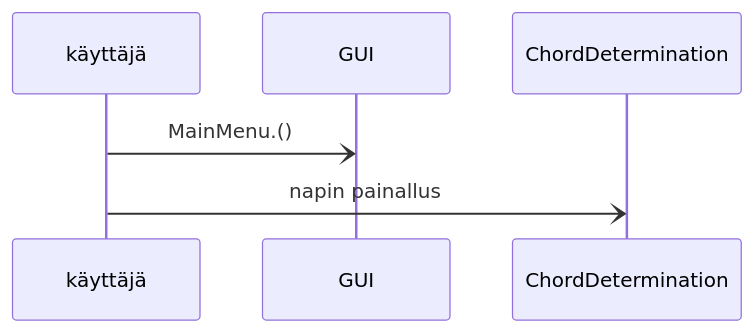
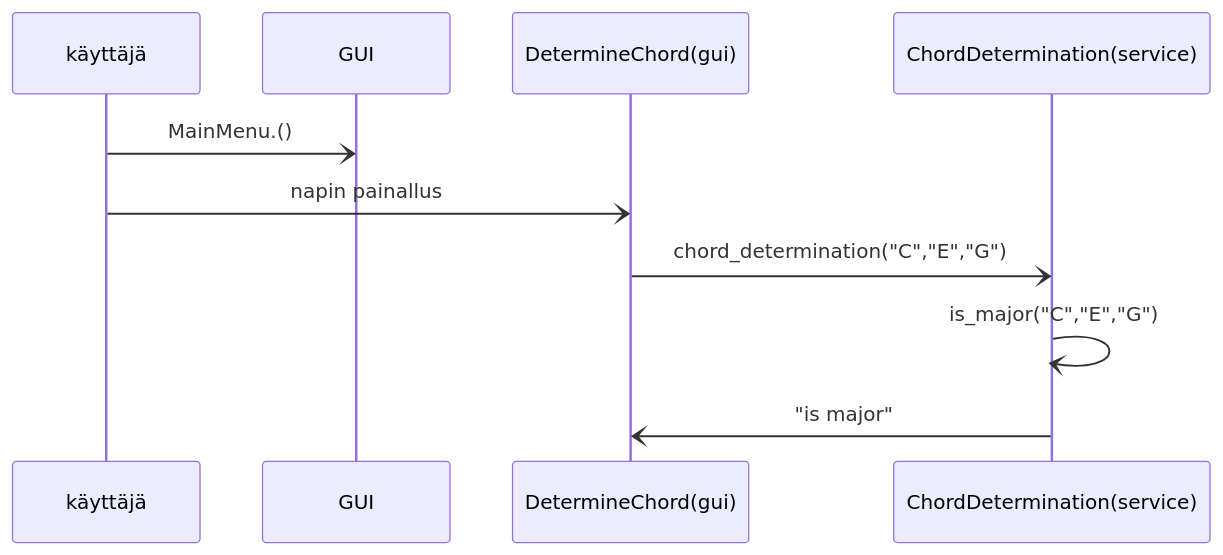
The first of 2 diagrams in dokumentaatio/arkkitehtuuri.md (Aaltonenn/ot-harjoitustyo), drawn with Mermaid before and after one commit.

````diff
--- a/dokumentaatio/arkkitehtuuri.md
+++ b/dokumentaatio/arkkitehtuuri.md
@@ -29,6 +29,10 @@
 ```mermaid
 sequenceDiagram
     käyttäjä-)GUI: MainMenu.() 
-    käyttäjä-)ChordDetermination: napin painallus
+    käyttäjä-)DetermineChord(gui): napin painallus
+    DetermineChord(gui)-)ChordDetermination(service): chord_determination("C","E","G")
+    ChordDetermination(service)-)ChordDetermination(service): is_major("C","E","G")
+    ChordDetermination(service)-)DetermineChord(gui): "is major"
+    
 
 ```
````
